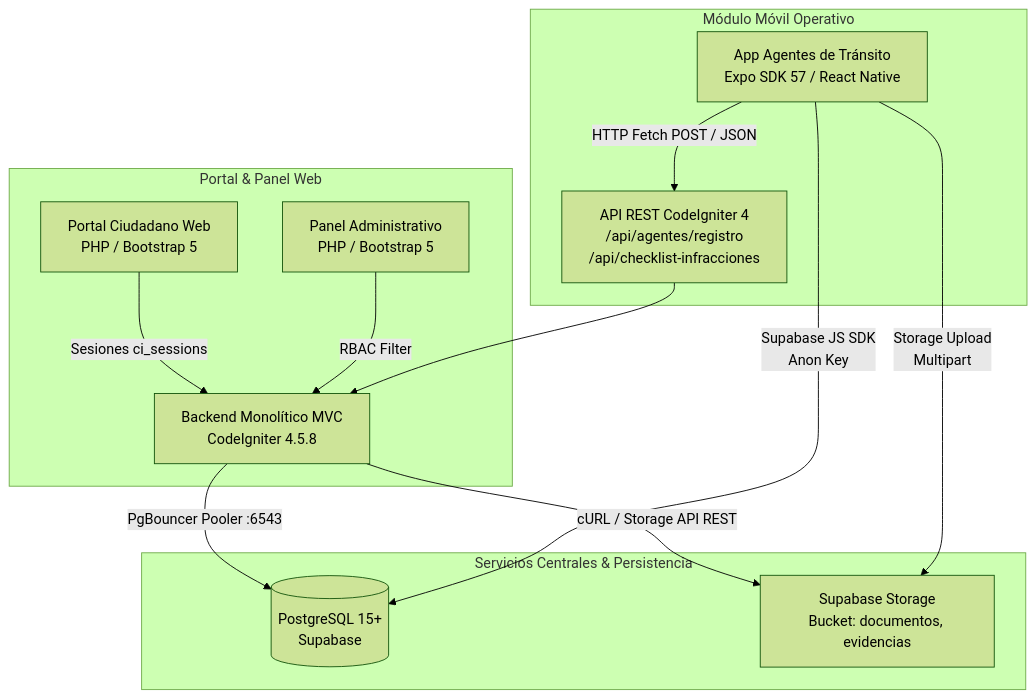
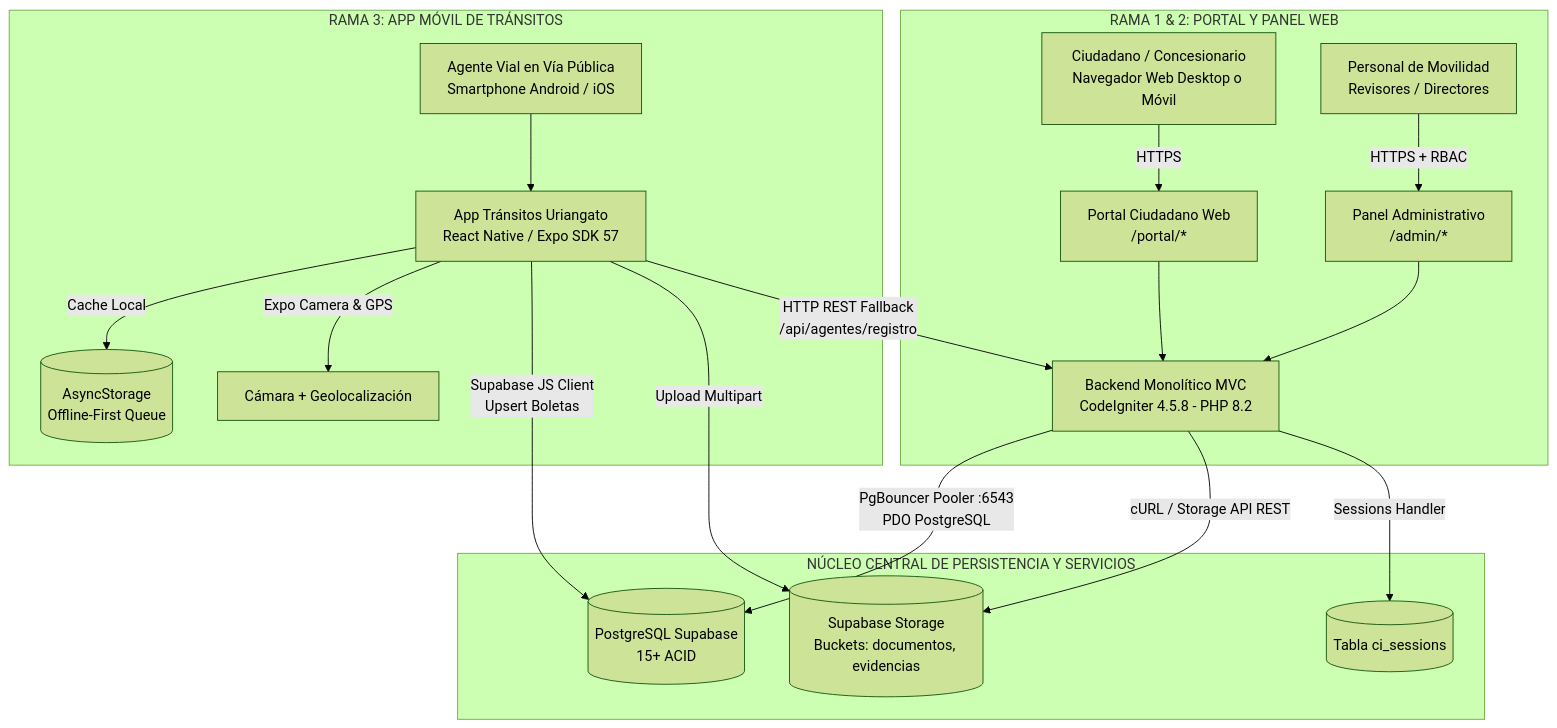
Before and after one commit to soportealoraapp/App-Residencias-Ventanilla: the first of 3 diagrams in DOCUMENTACION_GENERAL.md, drawn with Mermaid (forest theme). The commit also changed other lines of this file and 54 other files, not shown here.

Commit message:
feat(ux+docs): mejorar UX en pantallas, dividir documentacion general, anadir docs backend y app transito, build web

````diff
--- a/DOCUMENTACION_GENERAL.md
+++ b/DOCUMENTACION_GENERAL.md
@@ -32,20 +27,24 @@
 ```mermaid
-graph TD
-    subgraph CIUDADANIA_Y_ADMINISTRACION [Portal & Panel Web]
-        C[Portal Ciudadano Web\nPHP / Bootstrap 5] -->|Sesiones ci_sessions| CI4[Backend Monolítico MVC\nCodeIgniter 4.5.8]
-        A[Panel Administrativo\nPHP / Bootstrap 5] -->|RBAC Filter| CI4
+graph TB
+    subgraph RAMA_WEB [RAMA 1 & 2: PORTAL Y PANEL WEB]
+        CZ[Ciudadano / Concesionario\nNavegador Web Desktop o Móvil] -->|HTTPS| PW[Portal Ciudadano Web\n/portal/*]
+        ADM[Personal de Movilidad\nRevisores / Directores] -->|HTTPS + RBAC| PA[Panel Administrativo\n/admin/*]
+        PW --> CI4[Backend Monolítico MVC\nCodeIgniter 4.5.8 - PHP 8.2]
+        PA --> CI4
     end
 
-    subgraph NUCLEO_CENTRAL [Servicios Centrales & Persistencia]
-        CI4 -->|PgBouncer Pooler :6543| DB[(PostgreSQL 15+\nSupabase)]
-        CI4 -->|cURL / Storage API REST| STG[Supabase Storage\nBucket: documentos, evidencias]
+    subgraph RAMA_MOVIL [RAMA 3: APP MÓVIL DE TRÁNSITOS]
+        AGT[Agente Vial en Vía Pública\nSmartphone Android / iOS] --> RN[App Tránsitos Uriangato\nReact Native / Expo SDK 57]
+        RN -->|Cache Local| AS[(AsyncStorage\nOffline-First Queue)]
+        RN -->|Expo Camera & GPS| HW[Cámara + Geolocalización]
     end
 
-    subgraph CAMPO_OPERATIVO [Módulo Móvil Operativo]
-        M[App Agentes de Tránsito\nExpo SDK 57 / React Native] -->|Supabase JS SDK\nAnon Key| DB
-        M -->|Storage Upload\nMultipart| STG
-        M -->|HTTP Fetch POST / JSON| CI4_API[API REST CodeIgniter 4\n/api/agentes/registro\n/api/checklist-infracciones]
+    subgraph NUCLEO_PERSISTENCIA [NÚCLEO CENTRAL DE PERSISTENCIA Y SERVICIOS]
+        CI4 -->|PgBouncer Pooler :6543\nPDO PostgreSQL| PG[(PostgreSQL Supabase\n15+ ACID)]
+        CI4 -->|cURL / Storage API REST| STG[(Supabase Storage\nBuckets: documentos, evidencias)]
+        CI4 -->|Sessions Handler| SESS[(Tabla ci_sessions)]
+        RN -->|Supabase JS Client\nUpsert Boletas| PG
+        RN -->|Upload Multipart| STG
+        RN -->|HTTP REST Fallback\n/api/agentes/registro| CI4
     end
-
-    CI4_API --> CI4
 ```
````
